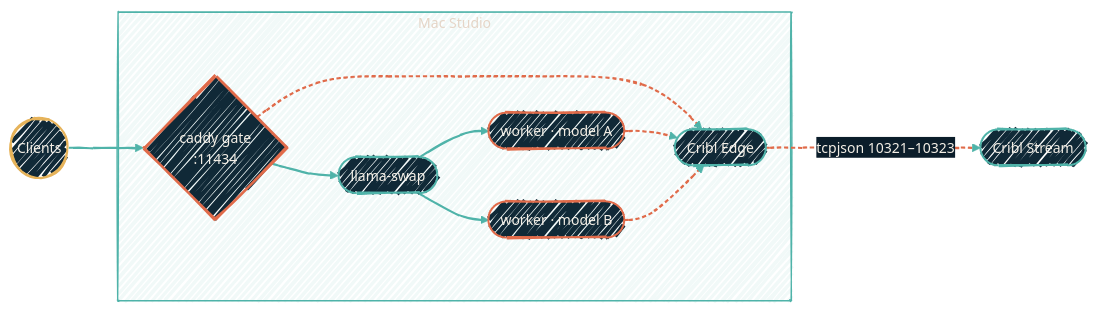
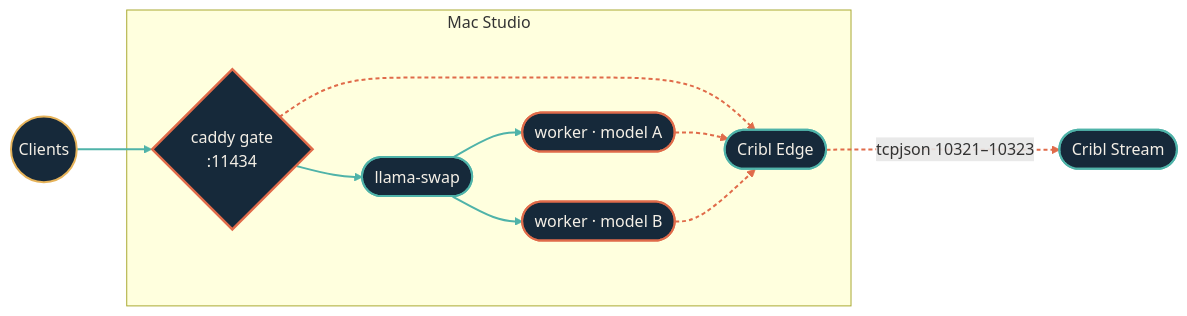
The fourth of 8 diagrams in observability/pipeline-flows.mdx (dryvist/docs), drawn with Mermaid before and after one commit. The commit also changed other lines of this file and 116 other files, not shown here.

````diff
--- a/observability/pipeline-flows.mdx
+++ b/observability/pipeline-flows.mdx
@@ -184,38 +192,40 @@
 ```mermaid
-%%{init:
-  {'theme':'base','look':'handDrawn','themeVariables':{'fontFamily':'Geist','fontSize':'14px','primaryColor':'#102937','primaryTextColor':'#F4EFE6','primaryBorderColor':'#4FB3A9','lineColor':'#4FB3A9','secondaryColor':'#0B1D2A','tertiaryColor':'#1A2A38','clusterBkg':'rgba(79,179,169,0.08)','clusterBorder':'#4FB3A9'}}}%%
-  flowchart LR
+%%{init: {"theme":"base","look":"handDrawn","themeVariables":{"primaryColor":"#123a36","primaryTextColor":"#f4efe6","primaryBorderColor":"#4fb3a9","lineColor":"#4fb3a9","secondaryColor":"#0b1d2a","tertiaryColor":"#16293a","clusterBkg":"#08151f","clusterBorder":"#4fb3a9","fontFamily":"'Geist Sans', system-ui, -apple-system, BlinkMacSystemFont, 'Segoe UI', Roboto, sans-serif","fontSize":"14px"}}}%%
+flowchart LR
+  classDef src fill:#16293a,stroke:#e06b4a,stroke-width:2px,color:#f4efe6;
+  classDef ai fill:#16293a,stroke:#e06b4a,stroke-width:2px,color:#f4efe6;
+  classDef gate fill:#16293a,stroke:#e06b4a,stroke-width:2.5px,color:#f4efe6;
+  classDef hop fill:#16293a,stroke:#4fb3a9,stroke-width:2px,color:#f4efe6;
+  classDef host fill:#16293a,stroke:#4fb3a9,stroke-width:2px,color:#f4efe6;
+  classDef sink fill:#16293a,stroke:#f4efe6,stroke-width:2px,color:#f4efe6;
+  classDef auto fill:#16293a,stroke:#f4efe6,stroke-width:1.5px,color:#f4efe6;
+  classDef external fill:#16293a,stroke:#e6b35a,stroke-width:2px,color:#f4efe6;
   Client((Clients))
   subgraph ms["Mac Studio"]
   Gate{"caddy gate<br/>:11434"}
   Swap([llama-swap])
   W1([worker · model A])
   W2([worker · model B])
   Edge([Cribl Edge])
   end
   Stream([Cribl Stream])
 
   Client --> Gate
   Gate --> Swap
   Swap --> W1
   Swap --> W2
   Gate -.-> Edge
   W1 -.-> Edge
   W2 -.-> Edge
   Edge -->|tcpjson 10321–10323| Stream
 
-  classDef external fill:#102937,stroke:#E6B35A,stroke-width:2px,color:#F4EFE6;
-  classDef gate fill:#102937,stroke:#E06B4A,stroke-width:2.5px,color:#F4EFE6;
-  classDef ai   fill:#102937,stroke:#E06B4A,stroke-width:2px,color:#F4EFE6;
-  classDef hop  fill:#102937,stroke:#4FB3A9,stroke-width:2px,color:#F4EFE6;
-
   class Client external
   class Gate gate
   class W1,W2 ai
   class Swap,Edge,Stream hop
 
   click Stream "/observability/monitoring-agents" "Every collector and where it runs"
 
   linkStyle 0,1,2,3 stroke:#4FB3A9,stroke-width:2px;
   linkStyle 4,5,6,7 stroke:#E06B4A,stroke-width:2px,stroke-dasharray:4 3;
 ```
````
